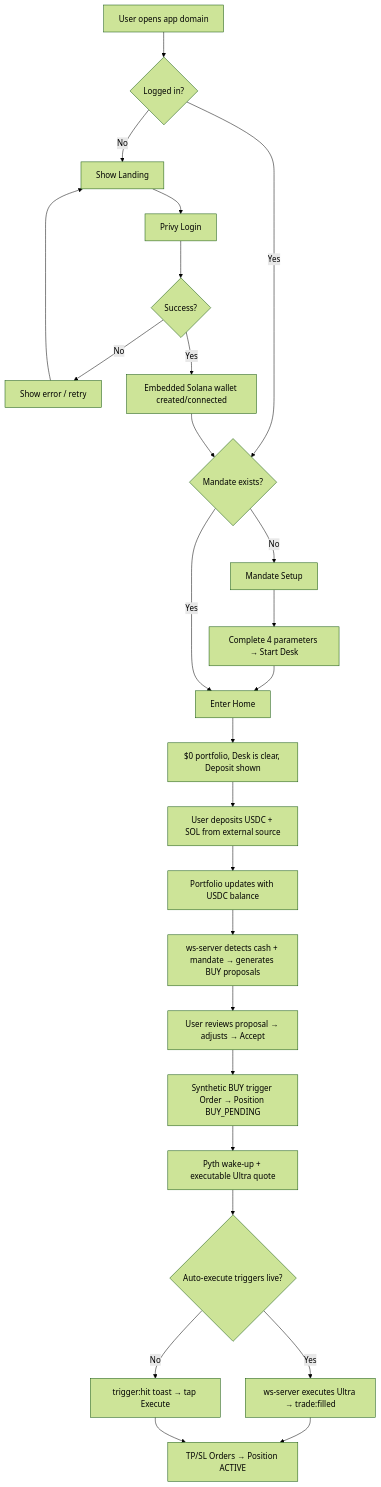
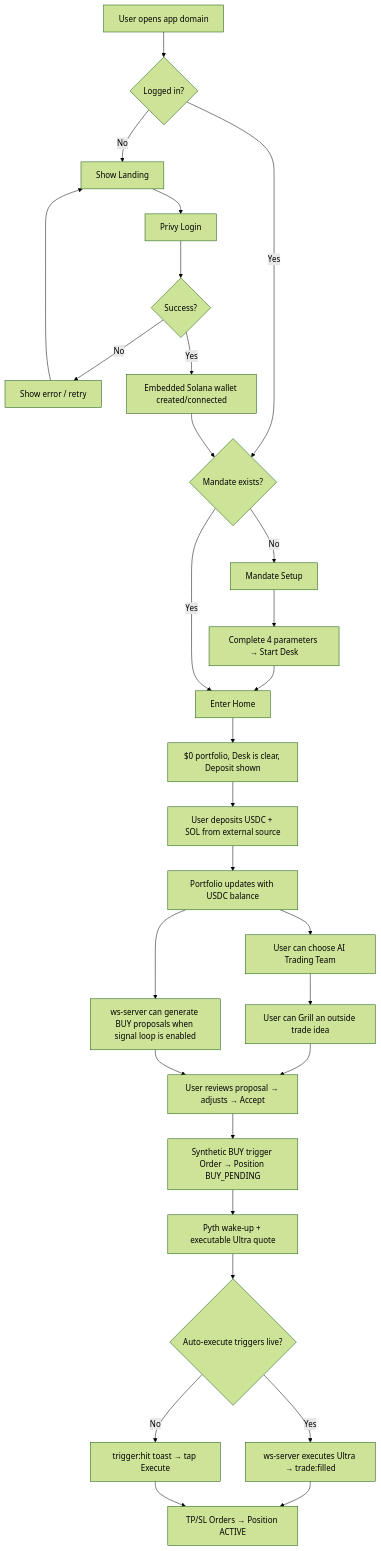
The first of 7 diagrams in docs/screens-and-flows.md (Omnis-Labs/tickr-ai), drawn with Mermaid (forest theme) before and after one commit. The commit also changed other lines of this file and 12 other files, not shown here.

````diff
--- a/docs/screens-and-flows.md
+++ b/docs/screens-and-flows.md
@@ -402,28 +402,31 @@
 ```mermaid
 flowchart TD
     A[User opens app domain] --> B{Logged in?}
     B -- No --> C[Show Landing]
     C --> D[Privy Login]
     D --> E{Success?}
     E -- No --> E1[Show error / retry]
     E1 --> C
     E -- Yes --> E2[Embedded Solana wallet created/connected]
     B -- Yes --> F{Mandate exists?}
     E2 --> F
     F -- No --> G[Mandate Setup]
     G --> H[Complete 4 parameters → Start Desk]
     H --> I[Enter Home]
     F -- Yes --> I
     I --> J[$0 portfolio, Desk is clear, Deposit shown]
     J --> K[User deposits USDC + SOL from external source]
     K --> L[Portfolio updates with USDC balance]
-    L --> M[ws-server detects cash + mandate → generates BUY proposals]
-    M --> N[User reviews proposal → adjusts → Accept]
+    L --> T[User can choose AI Trading Team]
+    T --> G1[User can Grill an outside trade idea]
+    L --> M[ws-server can generate BUY proposals when signal loop is enabled]
+    G1 --> N[User reviews proposal → adjusts → Accept]
+    M --> N
     N --> O[Synthetic BUY trigger Order → Position BUY_PENDING]
     O --> P[Pyth wake-up + executable Ultra quote]
     P --> P1{Auto-execute triggers live?}
     P1 -- Yes --> Q[ws-server executes Ultra → trade:filled]
     P1 -- No --> R[trigger:hit toast → tap Execute]
     Q --> S[TP/SL Orders → Position ACTIVE]
     R --> S
 ```
````
